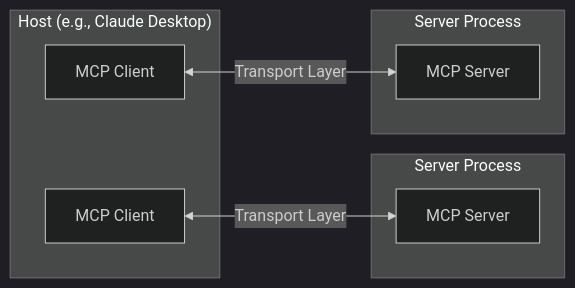
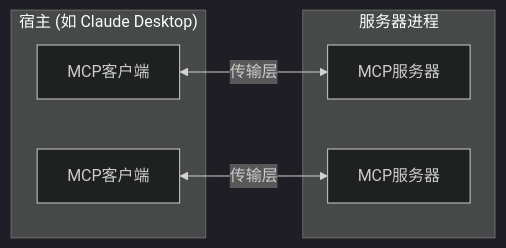
Before and after one commit to kshern/mcpcn-docs: the first of 2 diagrams in docs/concepts/architecture.mdx, drawn with Mermaid (dark theme). The commit also changed other lines of this file and 33 other files, not shown here.

````diff
--- a/docs/concepts/architecture.mdx
+++ b/docs/concepts/architecture.mdx
@@ -16,16 +16,16 @@
 ```mermaid
 flowchart LR
-    subgraph "&nbsp;Host (e.g., Claude Desktop)&nbsp;"
-        client1[MCP Client]
-        client2[MCP Client]
+    subgraph "&nbsp;宿主 (如 Claude Desktop)&nbsp;"
+        client1[MCP客户端]
+        client2[MCP客户端]
     end
-    subgraph "Server Process"
-        server1[MCP Server]
+    subgraph "服务器进程"
+        server1[MCP服务器]
     end
-    subgraph "Server Process"
-        server2[MCP Server]
+    subgraph "服务器进程"
+        server2[MCP服务器]
     end
 
-    client1 <-->|Transport Layer| server1
-    client2 <-->|Transport Layer| server2
+    client1 <-->|传输层| server1
+    client2 <-->|传输层| server2
 ```
````
